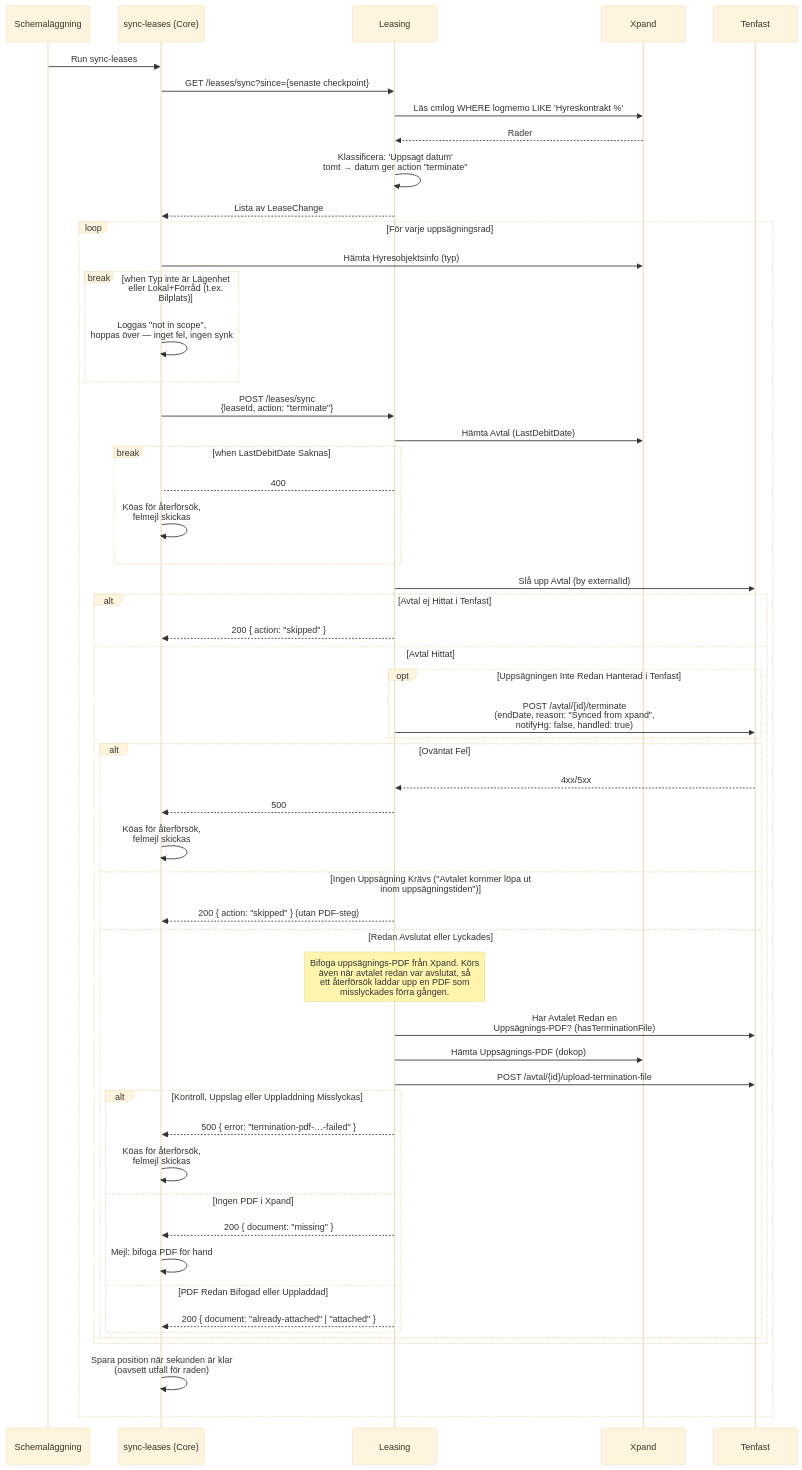
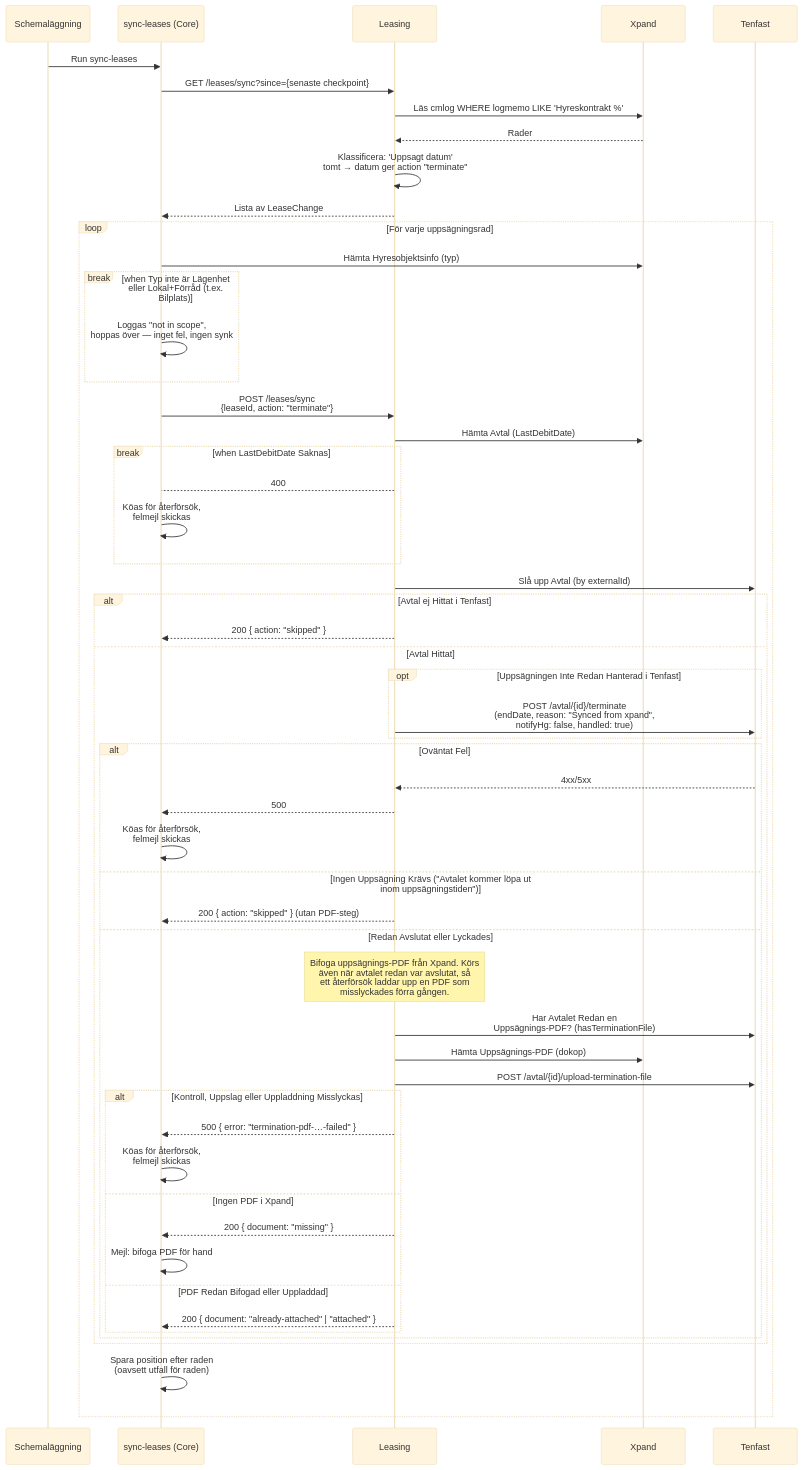
Before and after one commit to Bostads-AB-Mimer/onecore: the second of 2 diagrams in core/src/processes/leasetermination/DOCS_Terminate_Lease_via_Xpand_Sync.md, drawn with Mermaid (base theme). The commit also changed 4 other files, not shown here.

````diff
--- a/core/src/processes/leasetermination/DOCS_Terminate_Lease_via_Xpand_Sync.md
+++ b/core/src/processes/leasetermination/DOCS_Terminate_Lease_via_Xpand_Sync.md
@@ -46,67 +46,67 @@
 ```mermaid
 sequenceDiagram
     participant CronJob as Schemaläggning
     participant SyncScript as sync-leases (Core)
     participant Leasing as Leasing
     participant Xpand as Xpand
     participant Tenfast as Tenfast
 
     CronJob ->> SyncScript: Run sync-leases
     SyncScript ->> Leasing: GET /leases/sync?since={senaste checkpoint}
     Leasing ->> Xpand: Läs cmlog WHERE logmemo LIKE 'Hyreskontrakt %'
     Xpand -->> Leasing: Rader
     Leasing ->> Leasing: Klassificera: 'Uppsagt datum'<br/>tomt → datum ger action "terminate"
     Leasing -->> SyncScript: Lista av LeaseChange
 
     loop För varje uppsägningsrad
         SyncScript ->> Xpand: Hämta Hyresobjektsinfo (typ)
 
         break when Typ inte är Lägenhet eller Lokal+Förråd (t.ex. Bilplats)
             SyncScript ->> SyncScript: Loggas "not in scope",<br/>hoppas över — inget fel, ingen synk
         end
 
         SyncScript ->> Leasing: POST /leases/sync<br/>{leaseId, action: "terminate"}
         Leasing ->> Xpand: Hämta Avtal (LastDebitDate)
 
         break when LastDebitDate Saknas
             Leasing-->SyncScript: 400
             SyncScript ->> SyncScript: Köas för återförsök,<br/>felmejl skickas
         end
 
         Leasing ->> Tenfast: Slå upp Avtal (by externalId)
 
         alt Avtal ej Hittat i Tenfast
             Leasing-->>SyncScript: 200 { action: "skipped" }
         else Avtal Hittat
             opt Uppsägningen Inte Redan Hanterad i Tenfast
                 Leasing ->> Tenfast: POST /avtal/{id}/terminate<br/>(endDate, reason: "Synced from xpand",<br/>notifyHg: false, handled: true)
             end
             alt Oväntat Fel
                 Tenfast-->>Leasing: 4xx/5xx
                 Leasing-->>SyncScript: 500
                 SyncScript ->> SyncScript: Köas för återförsök,<br/>felmejl skickas
             else Ingen Uppsägning Krävs ("Avtalet kommer löpa ut<br/>inom uppsägningstiden")
                 Leasing-->>SyncScript: 200 { action: "skipped" } (utan PDF-steg)
             else Redan Avslutat eller Lyckades
                 note over Leasing: Bifoga uppsägnings-PDF från Xpand. Körs<br/>även när avtalet redan var avslutat, så<br/>ett återförsök laddar upp en PDF som<br/>misslyckades förra gången.
 
                 Leasing ->> Tenfast: Har Avtalet Redan en<br/>Uppsägnings-PDF? (hasTerminationFile)
                 Leasing ->> Xpand: Hämta Uppsägnings-PDF (dokop)
                 Leasing ->> Tenfast: POST /avtal/{id}/upload-termination-file
 
                 alt Kontroll, Uppslag eller Uppladdning Misslyckas
                     Leasing-->>SyncScript: 500 { error: "termination-pdf-…-failed" }
                     SyncScript ->> SyncScript: Köas för återförsök,<br/>felmejl skickas
                 else Ingen PDF i Xpand
                     Leasing-->>SyncScript: 200 { document: "missing" }
                     SyncScript ->> SyncScript: Mejl: bifoga PDF för hand
                 else PDF Redan Bifogad eller Uppladdad
                     Leasing-->>SyncScript: 200 { document: "already-attached" | "attached" }
                 end
             end
         end
 
-        SyncScript ->> SyncScript: Spara position när sekunden är klar<br/>(oavsett utfall för raden)
+        SyncScript ->> SyncScript: Spara position efter raden<br/>(oavsett utfall för raden)
     end
 
 ```
````
